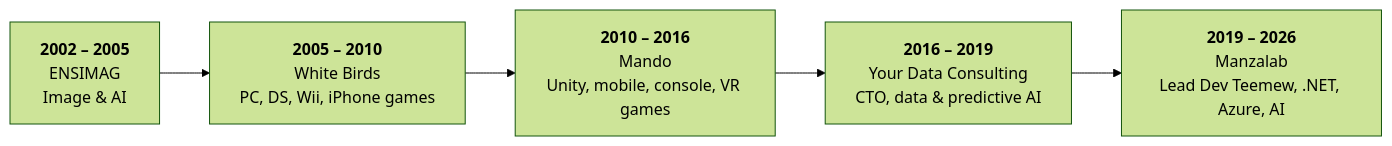
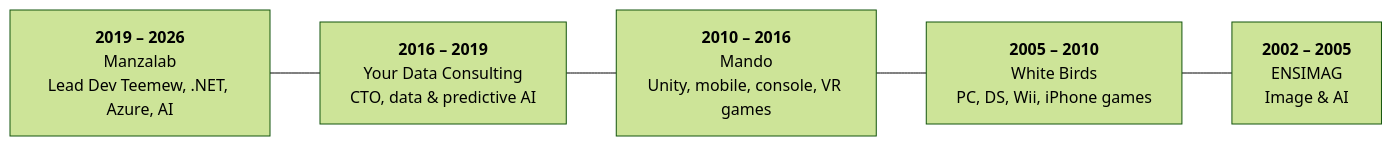
The diagram in portfolio/en.md (fsimonpro/fsimonpro), drawn with Mermaid (forest theme) before and after one commit. The commit also changed 1 other file, not shown here.

Commit message:
Portfolio home: list periods from most recent to oldest

````diff
--- a/portfolio/en.md
+++ b/portfolio/en.md
@@ -7,7 +7,7 @@
 ```mermaid
 flowchart LR
-    E["<b>2002 – 2005</b><br/>ENSIMAG<br/>Image & AI"] --> W["<b>2005 – 2010</b><br/>White Birds<br/>PC, DS, Wii, iPhone games"]
-    W --> M["<b>2010 – 2016</b><br/>Mando<br/>Unity, mobile, console, VR games"]
-    M --> Y["<b>2016 – 2019</b><br/>Your Data Consulting<br/>CTO, data & predictive AI"]
-    Y --> Z["<b>2019 – 2026</b><br/>Manzalab<br/>Lead Dev Teemew, .NET, Azure, AI"]
+    Z["<b>2019 – 2026</b><br/>Manzalab<br/>Lead Dev Teemew, .NET, Azure, AI"] --- Y["<b>2016 – 2019</b><br/>Your Data Consulting<br/>CTO, data & predictive AI"]
+    Y --- M["<b>2010 – 2016</b><br/>Mando<br/>Unity, mobile, console, VR games"]
+    M --- W["<b>2005 – 2010</b><br/>White Birds<br/>PC, DS, Wii, iPhone games"]
+    W --- E["<b>2002 – 2005</b><br/>ENSIMAG<br/>Image & AI"]
 ```
````
